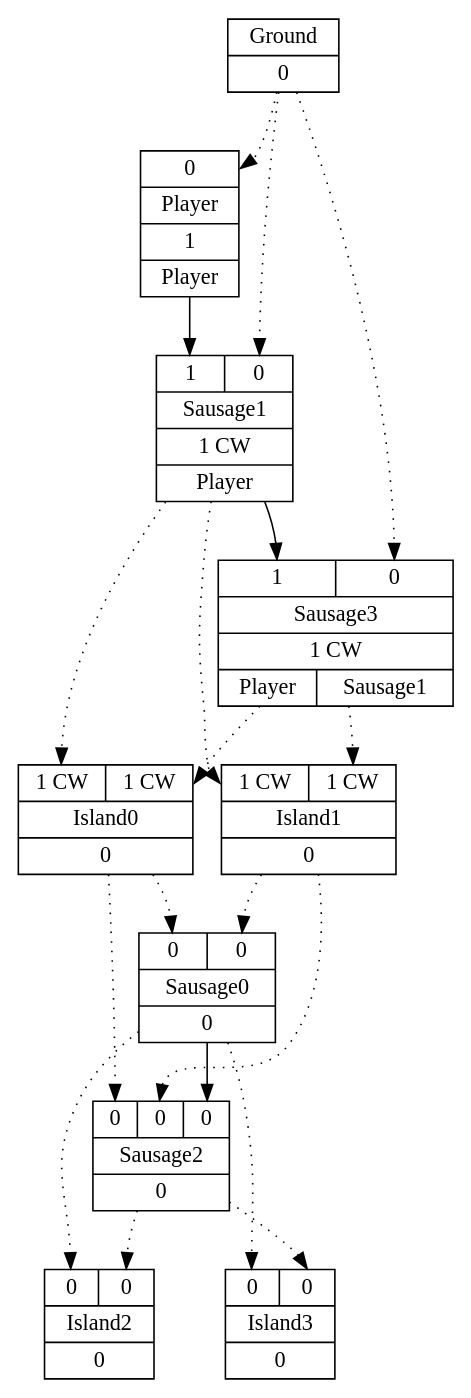
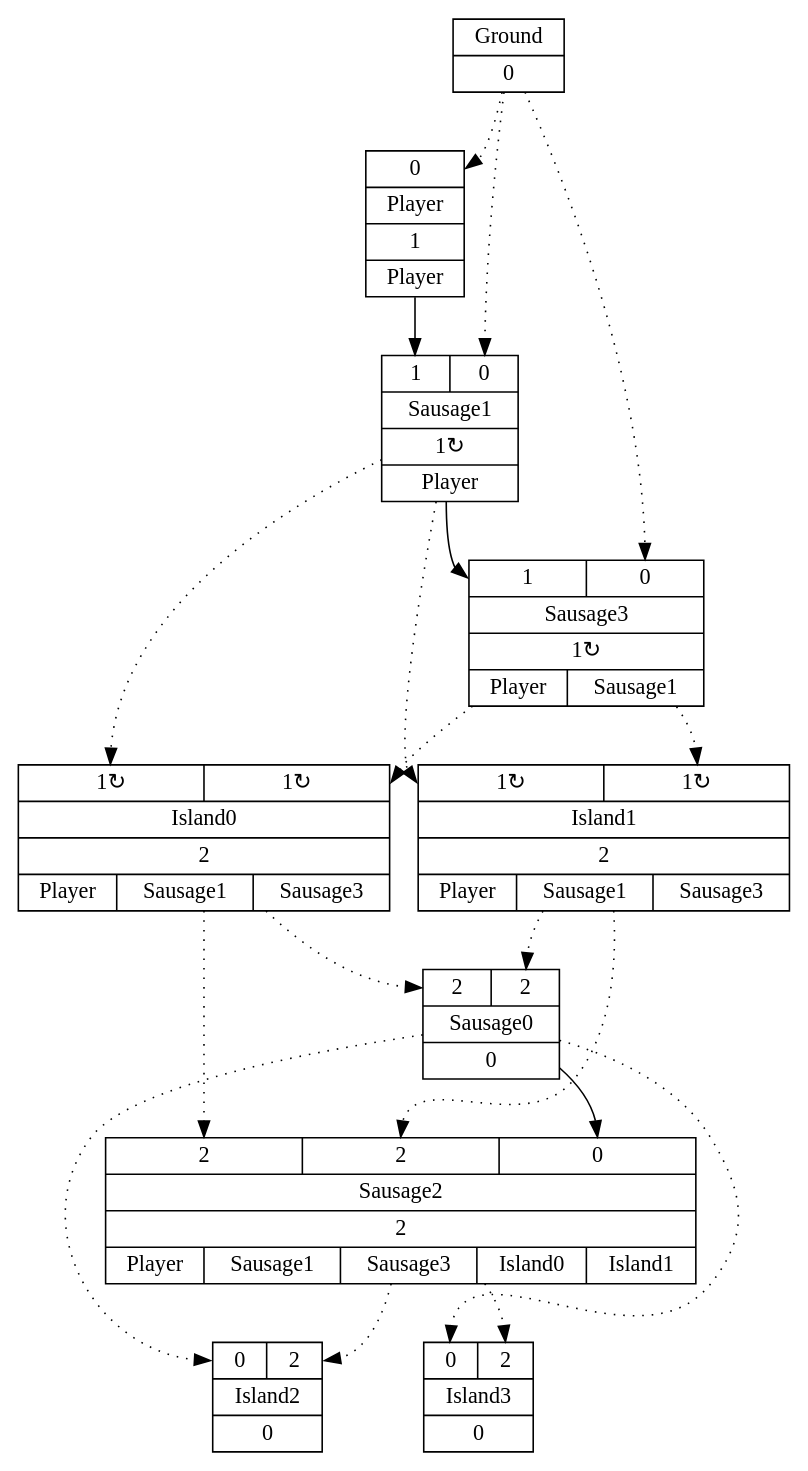
One commit to increpare/AbstractPropagationSim changed the diagram in mid/17/graph_6.gv. Above: the diagram before and after it, drawn with Graphviz. The commit also changed 106 other files, not shown here.

```diff
--- a/mid/17/graph_6.gv
+++ b/mid/17/graph_6.gv
@@ -1,31 +1,31 @@
 digraph G {
 node [shape=record];
 Player[ label ="{{<GroundP>0}|{Player}|<PlayerOUT>1|{Player}}"];
 Ground[ label ="{{Ground}|<GroundOUT>0}"];
-Sausage1[ label ="{{<Player>1|<GroundP>0}|{Sausage1}|<Sausage1OUT>1 CW|{Player}}"];
-Island0[ label ="{{<Sausage1P>1 CW|<Sausage3P>1 CW}|{Island0}|<Island0OUT>0}"];
-Island1[ label ="{{<Sausage1P>1 CW|<Sausage3P>1 CW}|{Island1}|<Island1OUT>0}"];
-Sausage3[ label ="{{<Sausage1>1|<GroundP>0}|{Sausage3}|<Sausage3OUT>1 CW|{Player|Sausage1}}"];
-Sausage0[ label ="{{<Island0P>0|<Island1P>0}|{Sausage0}|<Sausage0OUT>0}"];
-Sausage2[ label ="{{<Island0P>0|<Island1P>0|<Sausage0>0}|{Sausage2}|<Sausage2OUT>0}"];
-Island2[ label ="{{<Sausage0P>0|<Sausage2P>0}|{Island2}|<Island2OUT>0}"];
-Island3[ label ="{{<Sausage0P>0|<Sausage2P>0}|{Island3}|<Island3OUT>0}"];
+Sausage1[ label ="{{<Player>1|<GroundP>0}|{Sausage1}|<Sausage1OUT>1&#8635;|{Player}}"];
+Island0[ label ="{{<Sausage1P>1&#8635;|<Sausage3P>1&#8635;}|{Island0}|<Island0OUT>2|{Player|Sausage1|Sausage3}}"];
+Island1[ label ="{{<Sausage1P>1&#8635;|<Sausage3P>1&#8635;}|{Island1}|<Island1OUT>2|{Player|Sausage1|Sausage3}}"];
+Sausage3[ label ="{{<Sausage1>1|<GroundP>0}|{Sausage3}|<Sausage3OUT>1&#8635;|{Player|Sausage1}}"];
+Sausage0[ label ="{{<Island0P>2|<Island1P>2}|{Sausage0}|<Sausage0OUT>0}"];
+Sausage2[ label ="{{<Island0P>2|<Island1P>2|<Sausage0>0}|{Sausage2}|<Sausage2OUT>2|{Player|Sausage1|Sausage3|Island0|Island1}}"];
+Island2[ label ="{{<Sausage0P>0|<Sausage2P>2}|{Island2}|<Island2OUT>0}"];
+Island3[ label ="{{<Sausage0P>0|<Sausage2P>2}|{Island3}|<Island3OUT>0}"];
 	"Ground" -> "Player":GroundP [style=dotted];
 	"Player" -> "Sausage1":Player;
 	"Ground" -> "Sausage1":GroundP [style=dotted];
 	"Sausage1" -> "Island0":Sausage1P [style=dotted];
 	"Sausage1" -> "Island1":Sausage1P [style=dotted];
 	"Sausage1" -> "Sausage3":Sausage1;
 	"Sausage3" -> "Island0":Sausage3P [style=dotted];
 	"Island0" -> "Sausage0":Island0P [style=dotted];
 	"Island0" -> "Sausage2":Island0P [style=dotted];
 	"Sausage3" -> "Island1":Sausage3P [style=dotted];
 	"Island1" -> "Sausage0":Island1P [style=dotted];
 	"Island1" -> "Sausage2":Island1P [style=dotted];
 	"Ground" -> "Sausage3":GroundP [style=dotted];
 	"Sausage0" -> "Island2":Sausage0P [style=dotted];
 	"Sausage0" -> "Island3":Sausage0P [style=dotted];
 	"Sausage0" -> "Sausage2":Sausage0;
 	"Sausage2" -> "Island2":Sausage2P [style=dotted];
 	"Sausage2" -> "Island3":Sausage2P [style=dotted];
 }
```
